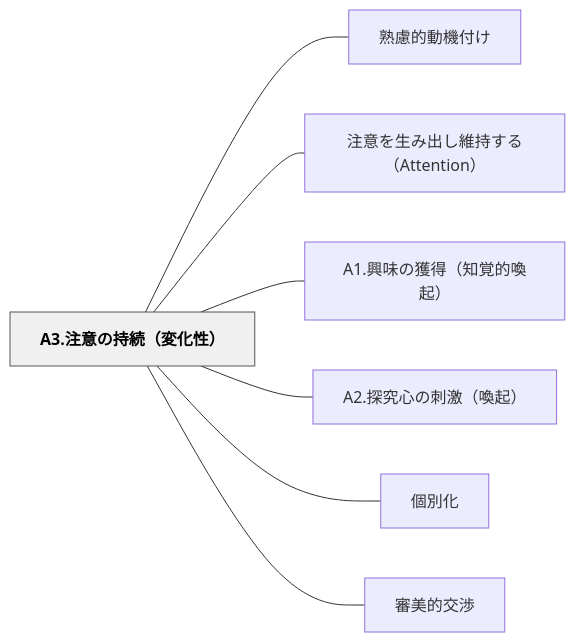
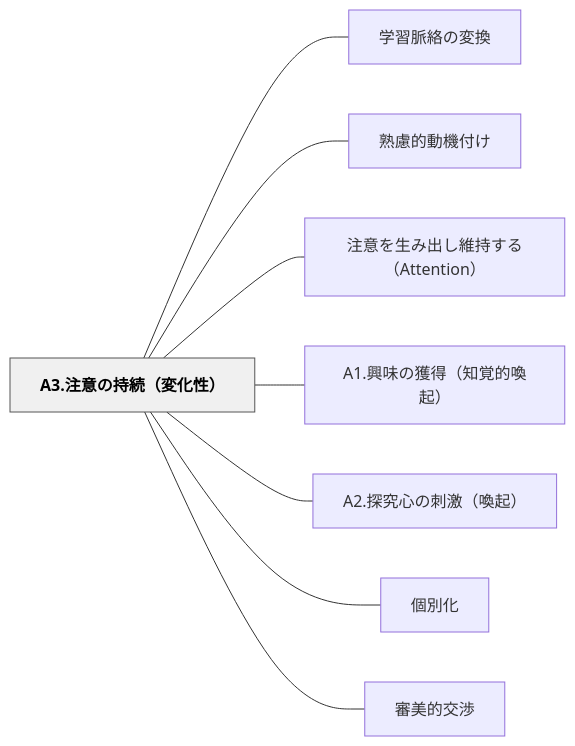
Before and after one commit to unknownthings-ed-patterns/unknownthings-ed-patterns: the diagram in content/パタン/A3.注意の持続（変化性）.md, drawn with Mermaid. The commit also changed other lines of this file and 473 other files, not shown here.

````diff
--- a/content/パタン/A3.注意の持続（変化性）.md
+++ b/content/パタン/A3.注意の持続（変化性）.md
@@ -67,20 +67,22 @@
 ```mermaid
 flowchart LR
     n41332ee6b3a8["A3.注意の持続（変化性）"]
+    ne5ada6e7bf92["学習脈絡の変換"]
     ne7869fe685ae["熟慮的動機付け"]
     ne6b3a8e6848f["注意を生み出し維持する（Attention）"]
     n41312ee88888["A1.興味の獲得（知覚的喚起）"]
     n41322ee68ea2["A2.探究心の刺激（喚起）"]
     ne5808be588a5["個別化"]
     ne5afa9e7be8e["審美的交渉"]
 
+    n41332ee6b3a8 --- ne5ada6e7bf92
     n41332ee6b3a8 --- ne7869fe685ae
     n41332ee6b3a8 --- ne6b3a8e6848f
     n41332ee6b3a8 --- n41312ee88888
     n41332ee6b3a8 --- n41322ee68ea2
     n41332ee6b3a8 --- ne5808be588a5
     n41332ee6b3a8 --- ne5afa9e7be8e
 
     classDef hub fill:#f0f0f0,stroke:#555,color:#000,font-weight:bold
     class n41332ee6b3a8 hub
 ```
````
